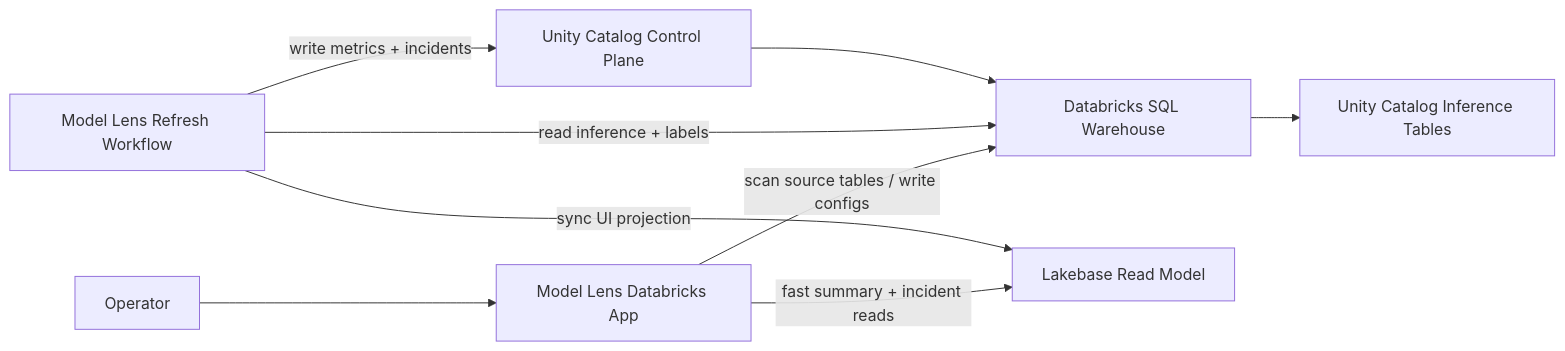
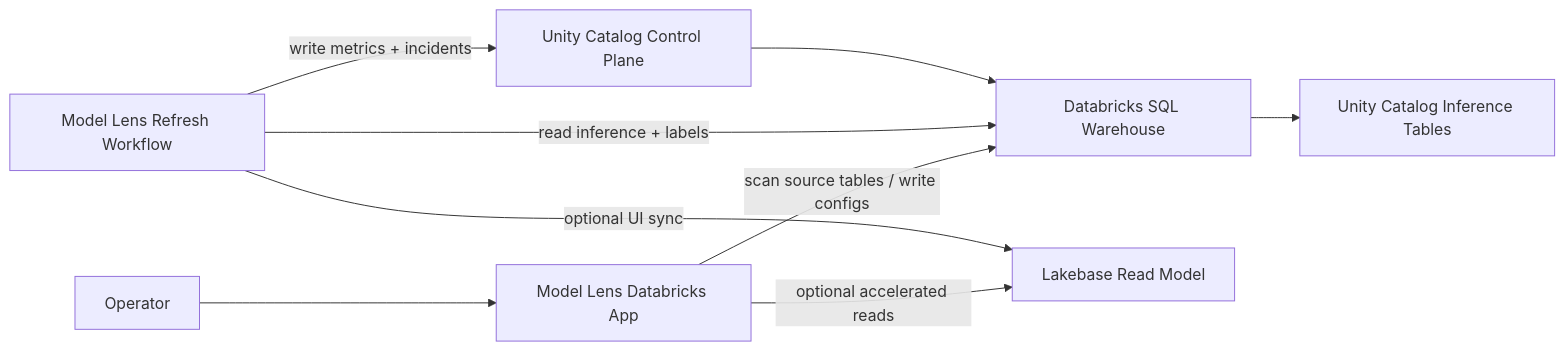
The diagram in README.md (databricks-solutions/model-landscape), drawn with Mermaid before and after one commit. The commit also changed other lines of this file and 5 other files, not shown here.

````diff
--- a/README.md
+++ b/README.md
@@ -30,13 +30,11 @@
 ```mermaid
 flowchart LR
   User["Operator"] --> App["Model Lens Databricks App"]
   App -->|scan source tables / write configs| Warehouse["Databricks SQL Warehouse"]
-  App -->|fast summary + incident reads| Lakebase["Lakebase Read Model"]
-
   Refresh["Model Lens Refresh Workflow"] -->|read inference + labels| Warehouse
   Refresh -->|write metrics + incidents| Control["Unity Catalog Control Plane"]
-  Refresh -->|sync UI projection| Lakebase
-
   Warehouse --> Source["Unity Catalog Inference Tables"]
   Control --> Warehouse
+  App -->|optional accelerated reads| Lakebase["Lakebase Read Model"]
+  Refresh -->|optional UI sync| Lakebase
 ```
````
